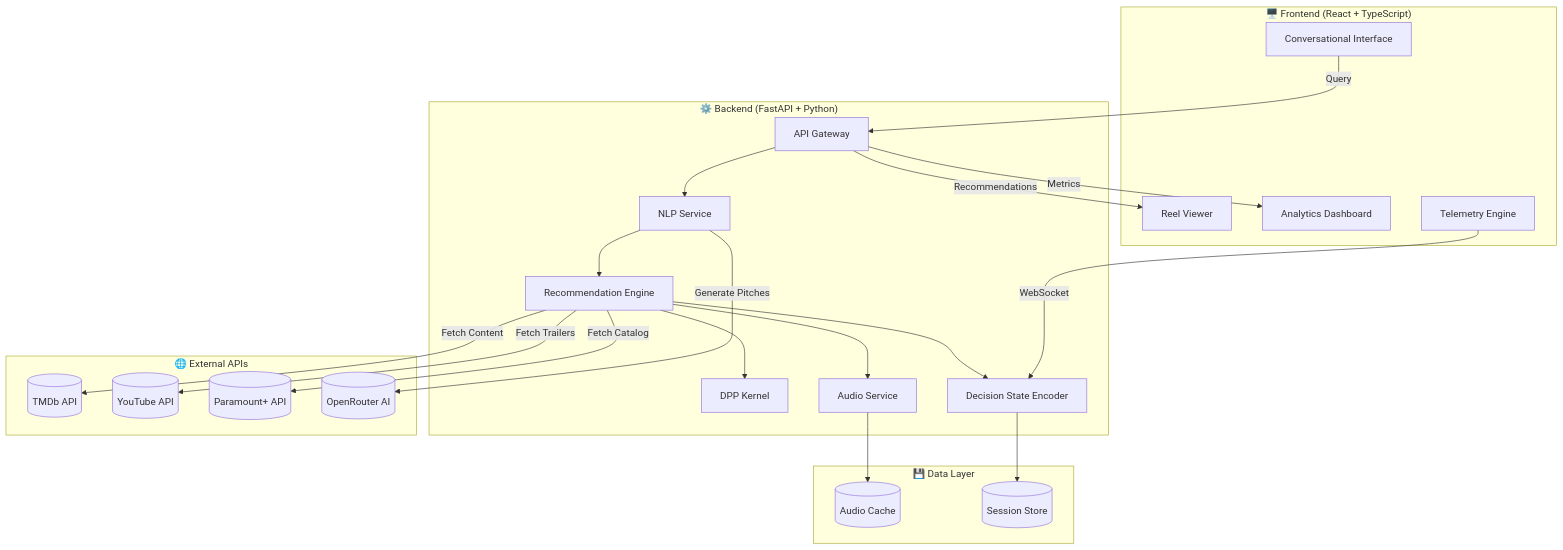
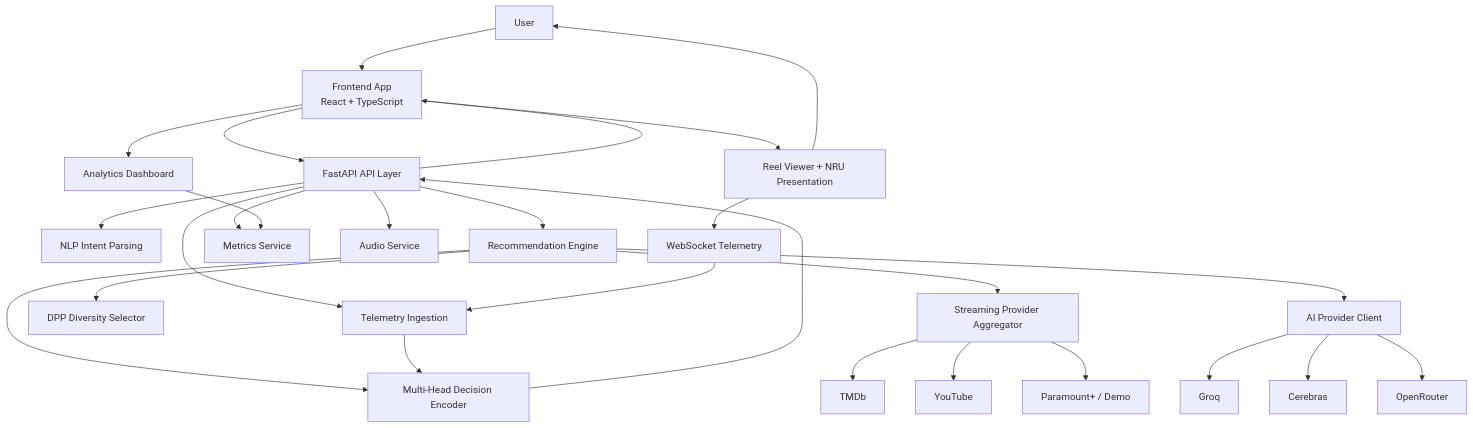
The first of 14 diagrams in README.md (parthassamal/Sequential-narrative-AI), drawn with Mermaid before and after one commit. The commit also changed other lines of this file, not shown here.

````diff
--- a/README.md
+++ b/README.md
@@ -50,48 +77,36 @@
 ```mermaid
 flowchart TB
-    subgraph Client["🖥️ Frontend (React + TypeScript)"]
-        UI[Conversational Interface]
-        RV[Reel Viewer]
-        AD[Analytics Dashboard]
-        TE[Telemetry Engine]
-    end
+    U[User] --> FE[Frontend App<br/>React + TypeScript]
+    FE --> API[FastAPI API Layer]
 
-    subgraph Server["⚙️ Backend (FastAPI + Python)"]
-        API[API Gateway]
-        NLP[NLP Service]
-        REC[Recommendation Engine]
-        DPP[DPP Kernel]
-        DSE[Decision State Encoder]
-        TTS[Audio Service]
-    end
+    API --> NLP[NLP Intent Parsing]
+    API --> REC[Recommendation Engine]
+    API --> TEL[Telemetry Ingestion]
+    API --> MET[Metrics Service]
+    API --> AUD[Audio Service]
 
-    subgraph External["🌐 External APIs"]
-        TMDB[(TMDb API)]
-        YT[(YouTube API)]
-        PARA[(Paramount+ API)]
-        AI[(OpenRouter AI)]
-    end
+    REC --> DPP[DPP Diversity Selector]
+    REC --> ENC[Multi-Head Decision Encoder]
+    REC --> STREAM[Streaming Provider Aggregator]
+    REC --> AIC[AI Provider Client]
 
-    subgraph Storage["💾 Data Layer"]
-        CACHE[(Audio Cache)]
-        SESSION[(Session Store)]
-    end
+    STREAM --> TMDB[TMDb]
+    STREAM --> YT[YouTube]
+    STREAM --> PARA[Paramount+ / Demo]
 
-    UI -->|Query| API
-    API --> NLP
-    NLP --> REC
-    REC --> DPP
-    REC --> DSE
-    REC -->|Fetch Content| TMDB
-    REC -->|Fetch Trailers| YT
-    REC -->|Fetch Catalog| PARA
-    NLP -->|Generate Pitches| AI
-    REC --> TTS
-    TTS --> CACHE
-    
-    TE -->|WebSocket| DSE
-    DSE --> SESSION
-    
-    API -->|Recommendations| RV
-    API -->|Metrics| AD
+    AIC --> GROQ[Groq]
+    AIC --> CER[Cerebras]
+    AIC --> OR[OpenRouter]
+
+    API --> FE
+    FE --> RV[Reel Viewer + NRU Presentation]
+    RV --> U
+
+    RV --> WS[WebSocket Telemetry]
+    WS --> TEL
+    TEL --> ENC
+    ENC --> API
+
+    FE --> AD[Analytics Dashboard]
+    AD --> MET
 ```
````
